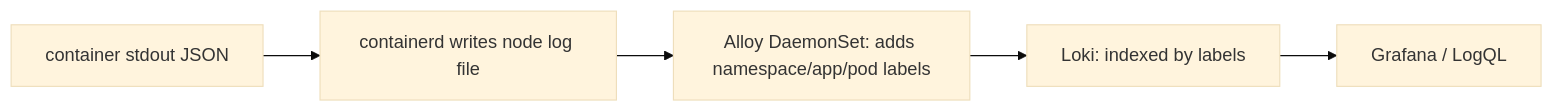
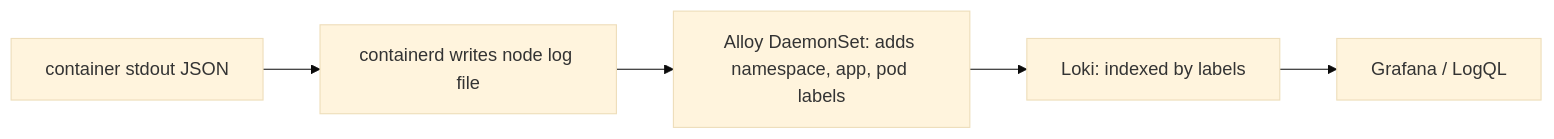
One commit to darshan-raul/apollo11-docs changed the diagram in docs/learn/observability/logs.md. Above: the diagram before and after it, drawn with Mermaid (base theme). The commit also changed other lines of this file and 55 other files, not shown here.

````diff
--- a/docs/learn/observability/logs.md
+++ b/docs/learn/observability/logs.md
@@ -21,7 +29,7 @@
 ```mermaid
 flowchart LR
   A[container stdout JSON] --> C[containerd writes node log file]
-  C --> Al[Alloy DaemonSet: adds namespace/app/pod labels]
+  C --> Al[Alloy DaemonSet: adds namespace, app, pod labels]
   Al --> Lk[Loki: indexed by labels]
   Lk --> G[Grafana / LogQL]
 ```
````
